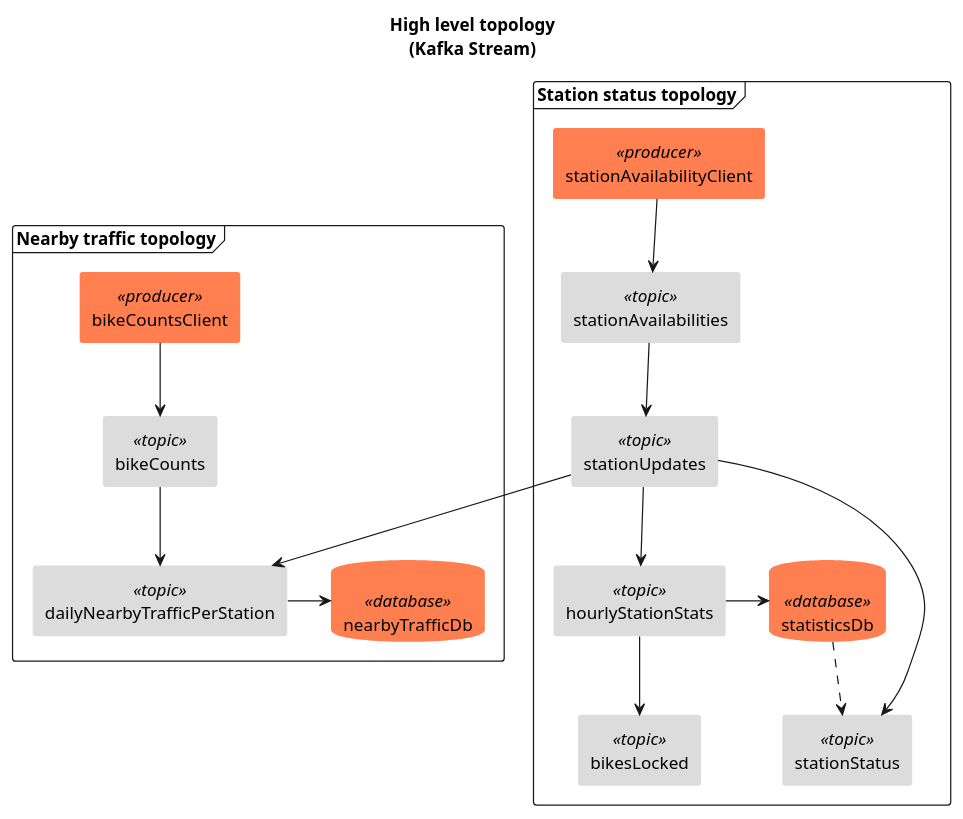
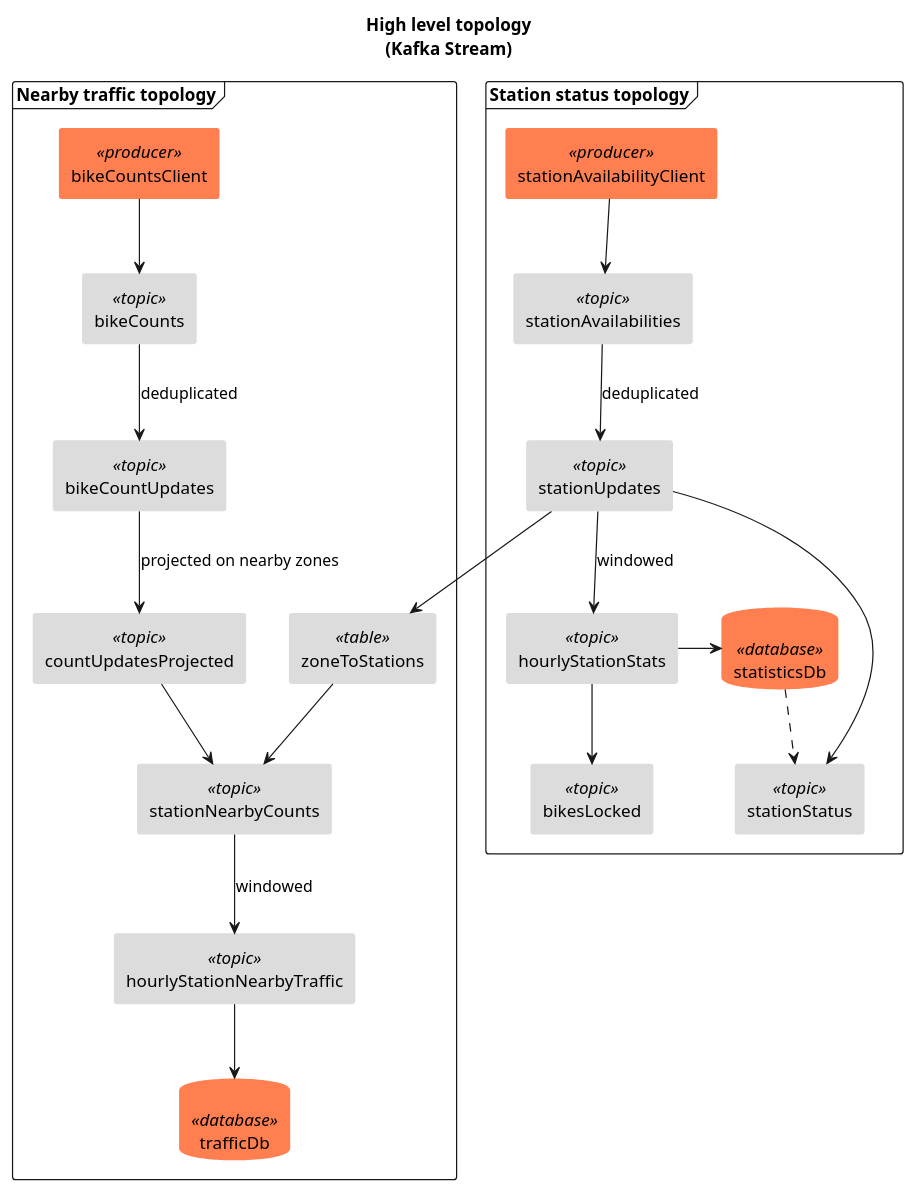
One commit to ouvreboite/velinfo_kafka_prototype changed the diagram in docs/plantuml/high_level_topology.pu. Above: the diagram before and after it, drawn with PlantUML.

Commit message:
docs: update topology for traffic

```diff
--- a/docs/plantuml/high_level_topology.pu
+++ b/docs/plantuml/high_level_topology.pu
@@ -1,58 +1,68 @@
 @startuml
 title
 <b>High level topology</b>
 (Kafka Stream)
 end title
 
 
 frame "Station status topology"{
    rectangle stationAvailabilityClient <<producer>>
    rectangle stationAvailabilities <<topic>>
    rectangle stationUpdates <<topic>>
    rectangle hourlyStationStats<<topic>>
    rectangle stationStatus <<topic>>
    rectangle bikesLocked <<topic>>
-   database statisticsDb<<database>>
+   database statisticsDb <<database>>
 }
 
 stationAvailabilityClient --> stationAvailabilities 
-stationAvailabilities --> stationUpdates
-stationUpdates --> hourlyStationStats
-hourlyStationStats--> bikesLocked
-hourlyStationStats-> statisticsDb
+stationAvailabilities --> stationUpdates : deduplicated
+stationUpdates --> hourlyStationStats : windowed
+hourlyStationStats --> bikesLocked
+hourlyStationStats -> statisticsDb
 stationUpdates --> stationStatus
 statisticsDb ..> stationStatus
 
 frame "Nearby traffic topology"{
    rectangle bikeCountsClient <<producer>>
    rectangle bikeCounts <<topic>>
-   rectangle dailyNearbyTrafficPerStation <<topic>>
-   database nearbyTrafficDb<<database>>
+   rectangle bikeCountUpdates <<topic>>
+   rectangle countUpdatesProjected<<topic>>
+   rectangle zoneToStations<<table>>
+   rectangle stationNearbyCounts <<topic>>
+   rectangle hourlyStationNearbyTraffic <<topic>>
+   database trafficDb <<database>>
 }
 
+
 bikeCountsClient --> bikeCounts 
-bikeCounts --> dailyNearbyTrafficPerStation 
-stationUpdates --> dailyNearbyTrafficPerStation 
-dailyNearbyTrafficPerStation -> nearbyTrafficDb
+bikeCounts --> bikeCountUpdates : deduplicated
+stationUpdates --> zoneToStations
+bikeCountUpdates --> countUpdatesProjected: projected on nearby zones
+zoneToStations--> stationNearbyCounts 
+countUpdatesProjected --> stationNearbyCounts 
+stationNearbyCounts --> hourlyStationNearbyTraffic : windowed
+hourlyStationNearbyTraffic --> trafficDb
 
 skinparam rectangle{
     backgroundColor<<topic>> Gainsboro
-    backgroundColor<<stream>> Snow
+    backgroundColor<<table>> Gainsboro
     backgroundColor<<producer>> Coral
     backgroundColor<<consumer>> Coral
     borderColor<<topic>> transparent
-    borderColor<<stream>> transparent
+    borderColor<<table>> transparent
     borderColor<<producer>> transparent
     borderColor<<consumer>> transparent
 }
 
 skinparam database{ 
    backgroundColor<<database>> Coral
    borderColor transparent
 }
 
 skinparam{
    ArrowColor DeepSkyBlue
+   ArrowFontColor Coral
    shadowing false
 }
 @enduml
```
